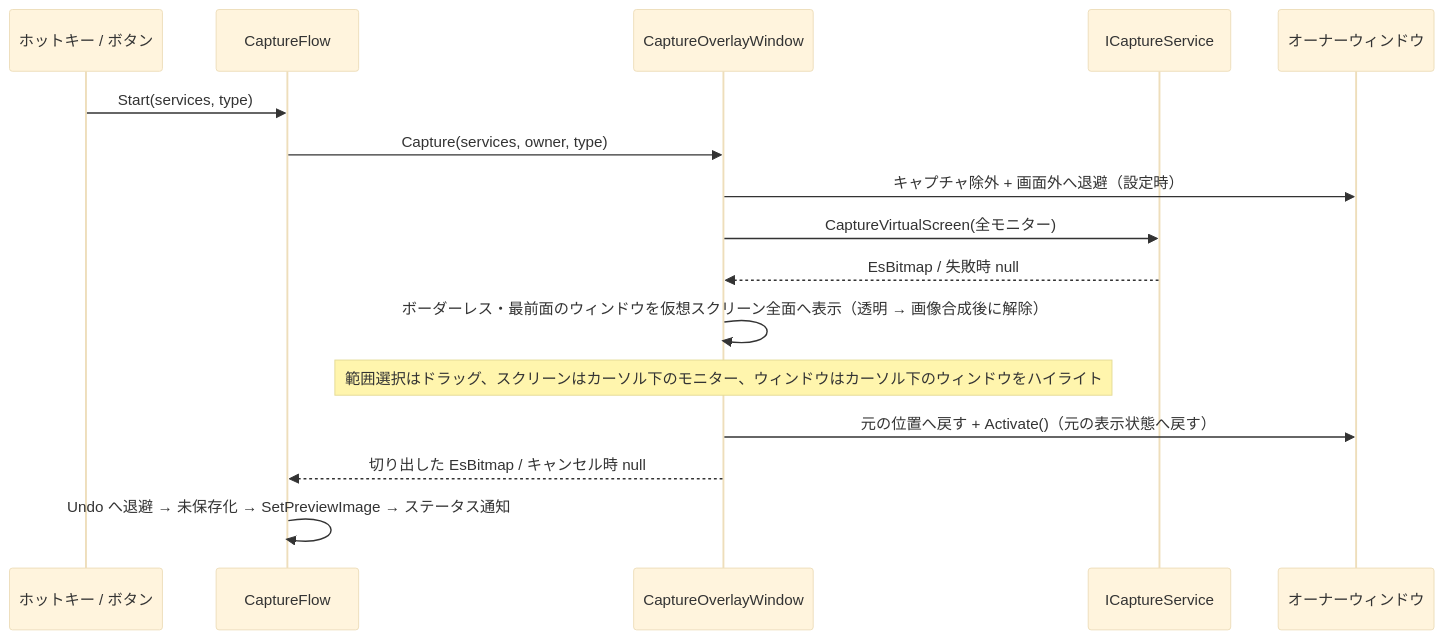
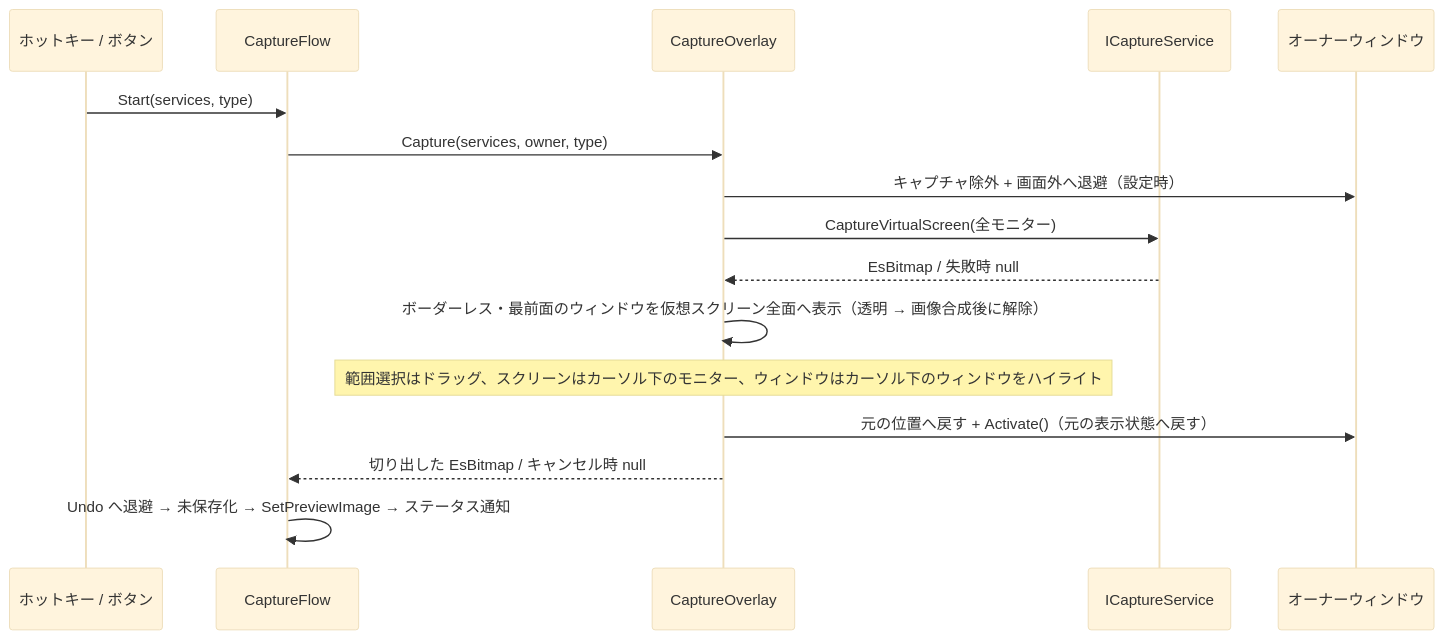
Before and after one commit to tomokuni/SaveEvidence: the third of 12 diagrams in src/app.MewUI/SPEC_System.md, drawn with Mermaid (base theme). The commit also changed other lines of this file and 213 other files, not shown here.

````diff
--- a/src/app.MewUI/SPEC_System.md
+++ b/src/app.MewUI/SPEC_System.md
@@ -369,19 +361,19 @@
 ```mermaid
 sequenceDiagram
     participant HK as ホットキー / ボタン
     participant CF as CaptureFlow
-    participant OW as CaptureOverlayWindow
+    participant OW as CaptureOverlay
     participant CS as ICaptureService
     participant OS as オーナーウィンドウ
 
     HK->>CF: Start(services, type)
     CF->>OW: Capture(services, owner, type)
     OW->>OS: キャプチャ除外 + 画面外へ退避（設定時）
     OW->>CS: CaptureVirtualScreen(全モニター)
     CS-->>OW: EsBitmap / 失敗時 null
     OW->>OW: ボーダーレス・最前面のウィンドウを仮想スクリーン全面へ表示（透明 → 画像合成後に解除）
     Note over OW: 範囲選択はドラッグ、スクリーンはカーソル下のモニター、ウィンドウはカーソル下のウィンドウをハイライト
     OW->>OS: 元の位置へ戻す + Activate()（元の表示状態へ戻す）
     OW-->>CF: 切り出した EsBitmap / キャンセル時 null
     CF->>CF: Undo へ退避 → 未保存化 → SetPreviewImage → ステータス通知
 ```
````
